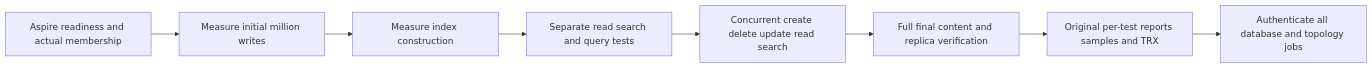
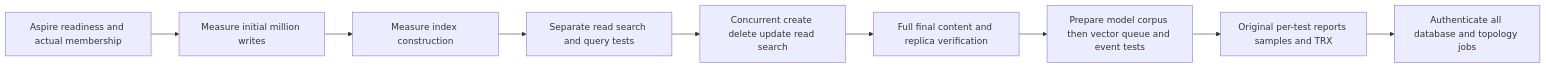
The diagram in docs/Features/BenchmarkComparisons/Methodology.md (managedcode/KeyLoad), drawn with Mermaid before and after one commit. The commit also changed other lines of this file and 58 other files, not shown here.

````diff
--- a/docs/Features/BenchmarkComparisons/Methodology.md
+++ b/docs/Features/BenchmarkComparisons/Methodology.md
@@ -22,10 +23,11 @@
 ```mermaid
 flowchart LR
     Ready[Aspire readiness and actual membership] --> Load[Measure initial million writes]
     Load --> Index[Measure index construction]
     Index --> Operations[Separate read search and query tests]
     Operations --> Mixed[Concurrent create delete update read search]
     Mixed --> Verify[Full final content and replica verification]
-    Verify --> Original[Original per-test reports samples and TRX]
+    Verify --> Models[Prepare model corpus then vector queue and event tests]
+    Models --> Original[Original per-test reports samples and TRX]
     Original --> Aggregate[Authenticate all database and topology jobs]
 ```
````
